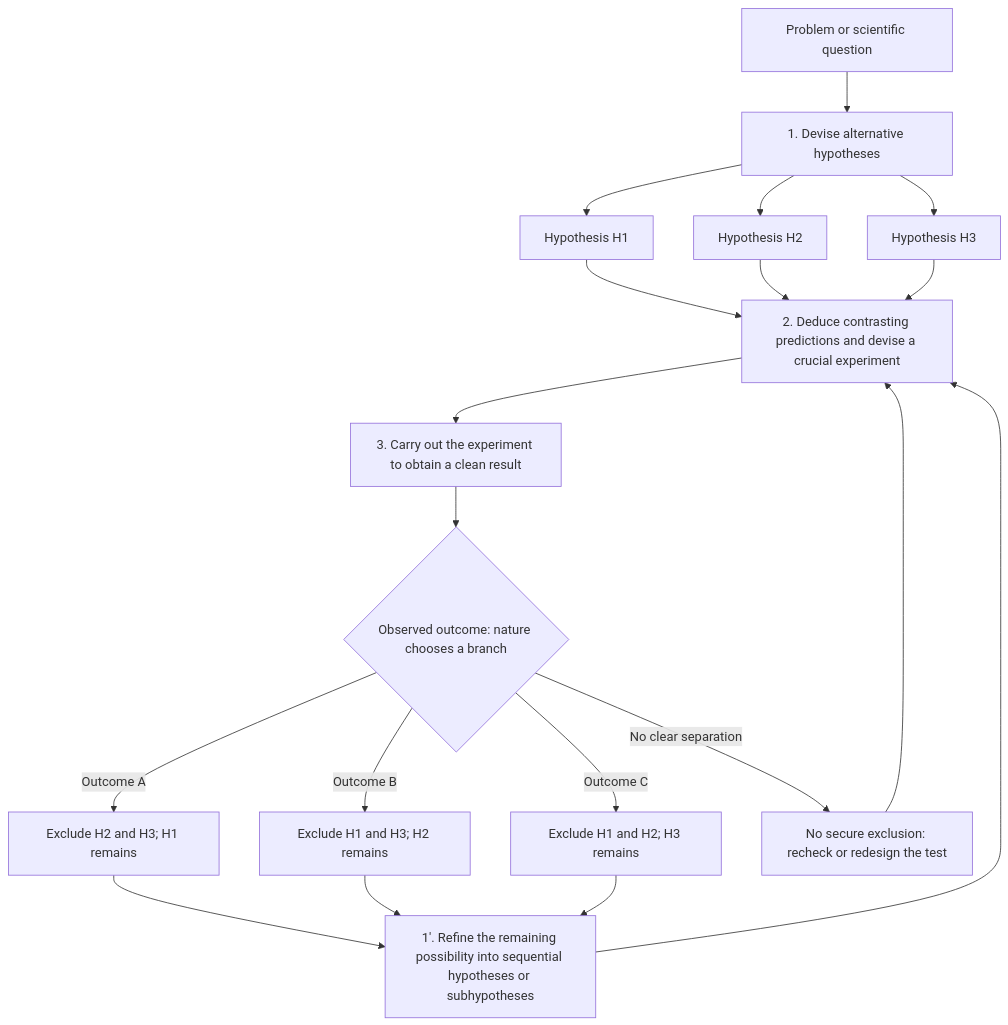
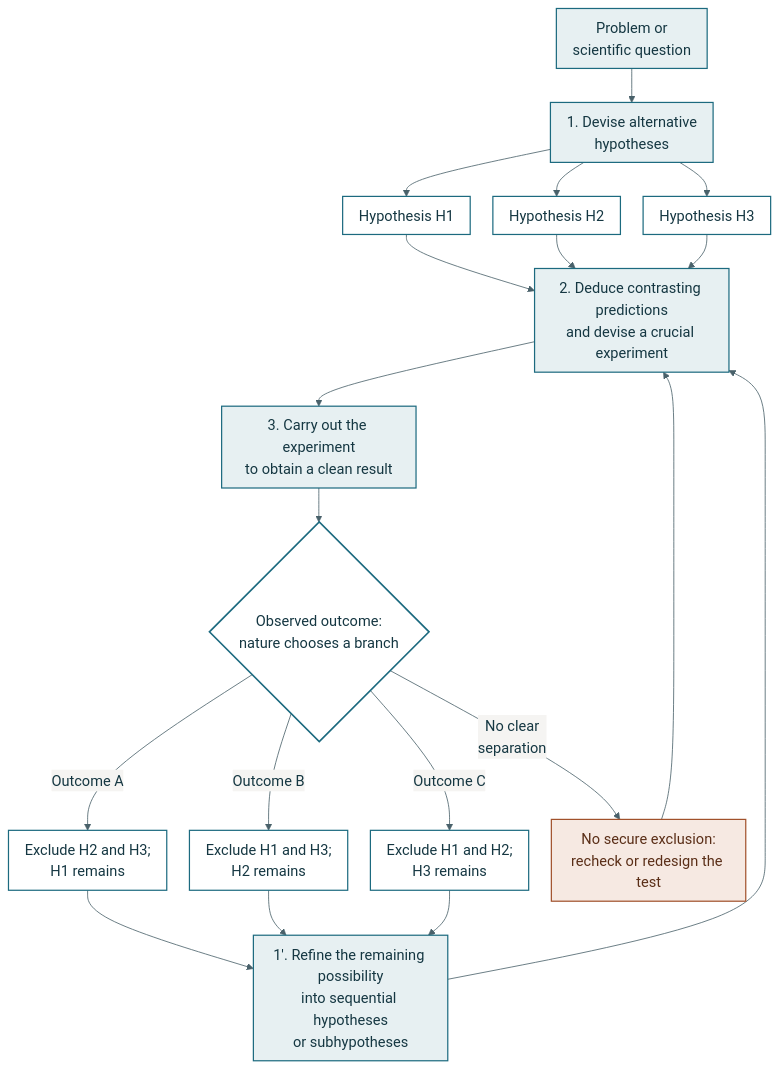
The diagram in sessions/01-scientific-method.qmd (Denolle-Lab/metascience-and-AI), drawn with Mermaid before and after one commit.

Commit message:
Meeting 1: make the strong-inference diagram legible
Wrap the node labels so the flowchart is narrower than the text column and scales up
to fill it instead of being shrunk to fit; set an 18px font and the site's colors
through Mermaid's theme directive; add a caption and a figure label. The page-width
column override was tried and dropped, because with a sidebar present it shifts the
main column under the sidebar.

````diff
--- a/sessions/01-scientific-method.qmd
+++ b/sessions/01-scientific-method.qmd
@@ -72,26 +72,34 @@
 ```{mermaid}
+%%| label: fig-strong-inference
+%%| fig-cap: "Platt's strong inference as a branching loop. Each cycle generates alternatives, deduces predictions that differ between them, runs the experiment, excludes what the outcome rules out, and refines what remains. The hypotheses are contrasted, never proved."
+%%{init: {"theme": "base", "themeVariables": {"fontSize": "18px", "fontFamily": "Source Serif 4, Georgia, serif", "primaryColor": "#e7f0f2", "primaryBorderColor": "#1c6a7f", "primaryTextColor": "#153742", "lineColor": "#49616a", "secondaryColor": "#ffffff", "tertiaryColor": "#f5f4f2", "edgeLabelBackground": "#f5f4f2"}, "flowchart": {"htmlLabels": true, "nodeSpacing": 28, "rankSpacing": 42, "curve": "basis", "padding": 10}}}%%
 flowchart TD
-    Q["Problem or scientific question"] --> A["1. Devise alternative hypotheses"]
+    Q["Problem or<br/>scientific question"] --> A["1. Devise alternative<br/>hypotheses"]
 
     A --> H1["Hypothesis H1"]
     A --> H2["Hypothesis H2"]
     A --> H3["Hypothesis H3"]
 
-    H1 --> P["2. Deduce contrasting predictions and devise a crucial experiment"]
-    H2 --> P
-    H3 --> P
+    H1 & H2 & H3 --> P["2. Deduce contrasting predictions<br/>and devise a crucial experiment"]
 
-    P --> T["3. Carry out the experiment to obtain a clean result"]
-    T --> O{"Observed outcome: nature chooses a branch"}
+    P --> T["3. Carry out the experiment<br/>to obtain a clean result"]
+    T --> O{"Observed outcome:<br/>nature chooses a branch"}
 
-    O -- "Outcome A" --> OA["Exclude H2 and H3; H1 remains"]
-    O -- "Outcome B" --> OB["Exclude H1 and H3; H2 remains"]
-    O -- "Outcome C" --> OC["Exclude H1 and H2; H3 remains"]
-    O -- "No clear separation" --> NC["No secure exclusion: recheck or redesign the test"]
+    O -- "Outcome A" --> OA["Exclude H2 and H3;<br/>H1 remains"]
+    O -- "Outcome B" --> OB["Exclude H1 and H3;<br/>H2 remains"]
+    O -- "Outcome C" --> OC["Exclude H1 and H2;<br/>H3 remains"]
+    O -- "No clear<br/>separation" --> NC["No secure exclusion:<br/>recheck or redesign the test"]
 
-    OA --> R["1'. Refine the remaining possibility into sequential hypotheses or subhypotheses"]
-    OB --> R
-    OC --> R
+    OA & OB & OC --> R["1'. Refine the remaining possibility<br/>into sequential hypotheses<br/>or subhypotheses"]
     NC --> P
     R --> P
+
+    classDef step fill:#e7f0f2,stroke:#1c6a7f,stroke-width:1.5px,color:#153742;
+    classDef hyp fill:#ffffff,stroke:#1c6a7f,stroke-width:1.5px,color:#153742;
+    classDef branch fill:#ffffff,stroke:#1c6a7f,stroke-width:2px,color:#153742;
+    classDef warn fill:#f6e9e2,stroke:#a1512b,stroke-width:1.5px,color:#5a2e17;
+    class Q,A,P,T,R step;
+    class H1,H2,H3,OA,OB,OC hyp;
+    class O branch;
+    class NC warn;
 ```
````
